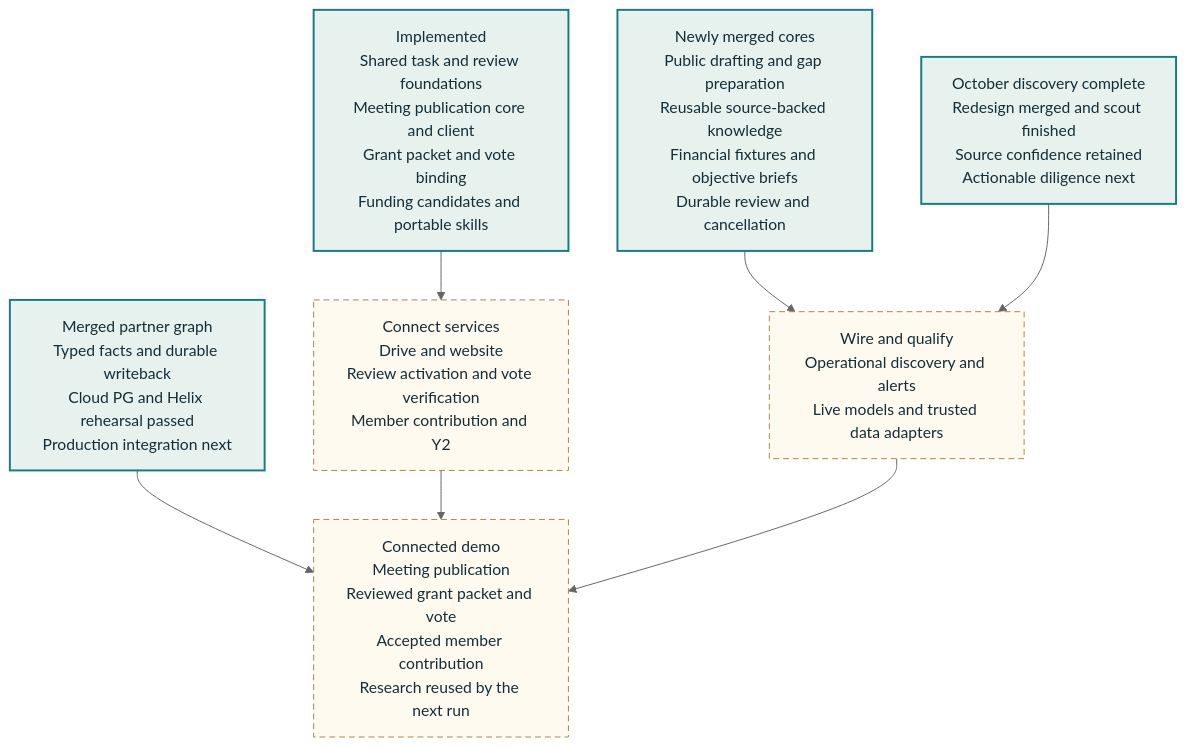
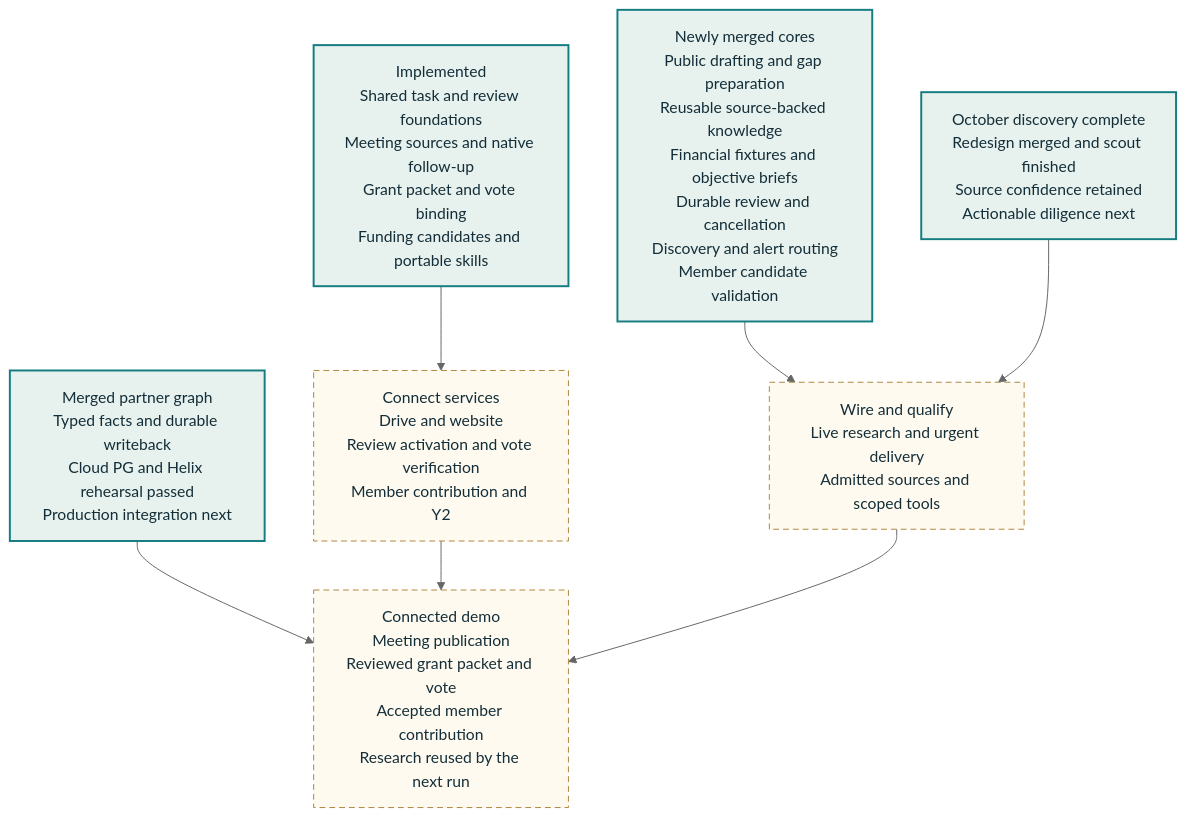
One commit to NetRxn/Inertia changed the diagram in docs/architecture/diagrams/funding-roadmap.mmd. Above: the diagram before and after it, drawn with Mermaid (neutral theme). The commit also changed 24 other files, not shown here.

Commit message:
docs: synchronize meeting discovery and member candidate status

```diff
--- a/docs/architecture/diagrams/funding-roadmap.mmd
+++ b/docs/architecture/diagrams/funding-roadmap.mmd
@@ -1,16 +1,16 @@
 flowchart TB
- I["Implemented<br/>Shared task and review foundations<br/>Meeting publication core and client<br/>Grant packet and vote binding<br/>Funding candidates and portable skills"]
- P["Newly merged cores<br/>Public drafting and gap preparation<br/>Reusable source-backed knowledge<br/>Financial fixtures and objective briefs<br/>Durable review and cancellation"]
- P --> Q["Wire and qualify<br/>Operational discovery and alerts<br/>Live models and trusted data adapters"]
+ I["Implemented<br/>Shared task and review foundations<br/>Meeting sources and native follow-up<br/>Grant packet and vote binding<br/>Funding candidates and portable skills"]
+ P["Newly merged cores<br/>Public drafting and gap preparation<br/>Reusable source-backed knowledge<br/>Financial fixtures and objective briefs<br/>Durable review and cancellation<br/>Discovery and alert routing<br/>Member candidate validation"]
+ P --> Q["Wire and qualify<br/>Live research and urgent delivery<br/>Admitted sources and scoped tools"]
  D["October discovery complete<br/>Redesign merged and scout finished<br/>Source confidence retained<br/>Actionable diligence next"] --> Q
  I --> X["Connect services<br/>Drive and website<br/>Review activation and vote verification<br/>Member contribution and Y2"]
  K["Merged partner graph<br/>Typed facts and durable writeback<br/>Cloud PG and Helix rehearsal passed<br/>Production integration next"] --> DEMO["Connected demo<br/>Meeting publication<br/>Reviewed grant packet and vote<br/>Accepted member contribution<br/>Research reused by the next run"]
  X --> DEMO
  Q --> DEMO
  class I,D,P,K core
  class Q,X,DEMO planned
 
  classDef core fill:#e7f1ee,stroke:#157d80,color:#132e38,stroke-width:2px
  classDef planned fill:#fffaf0,stroke:#b1853e,color:#132e38,stroke-dasharray:6 4
  classDef reviewed fill:#f5f0ff,stroke:#8064a2,color:#132e38
  classDef store fill:#edf2f7,stroke:#61788b,color:#132e38
```
